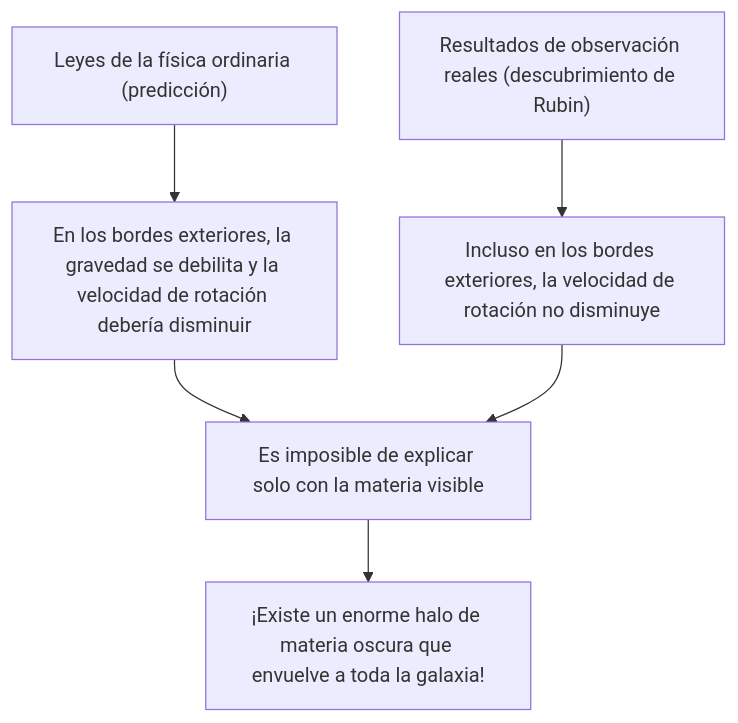
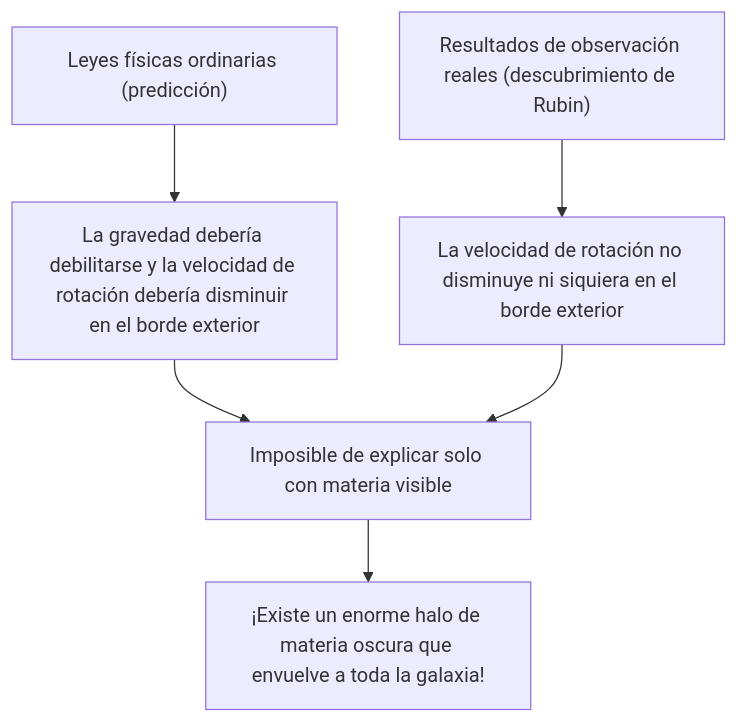
One commit to kenjinote/blog changed the first of 2 diagrams in content/post/dark-matter-dark-energy-mysteries/index.es.md. Above: the diagram before and after it, drawn with Mermaid. The commit also changed other lines of this file and 12 other files, not shown here.

````diff
--- a/content/post/dark-matter-dark-energy-mysteries/index.es.md
+++ b/content/post/dark-matter-dark-energy-mysteries/index.es.md
@@ -31,8 +31,8 @@
 ```mermaid
 graph TD
-    A["Leyes de la física ordinaria (predicción)"] --> B["En los bordes exteriores, la gravedad se debilita y la velocidad de rotación debería disminuir"]
-    C["Resultados de observación reales (descubrimiento de Rubin)"] --> D["Incluso en los bordes exteriores, la velocidad de rotación no disminuye"]
-    B --> E["Es imposible de explicar solo con la materia visible"]
+    A["Leyes físicas ordinarias (predicción)"] --> B["La gravedad debería debilitarse y la velocidad de rotación debería disminuir en el borde exterior"]
+    C["Resultados de observación reales (descubrimiento de Rubin)"] --> D["La velocidad de rotación no disminuye ni siquiera en el borde exterior"]
+    B --> E["Imposible de explicar solo con materia visible"]
     D --> E
     E --> F["¡Existe un enorme halo de materia oscura que envuelve a toda la galaxia!"]
 ```
````
